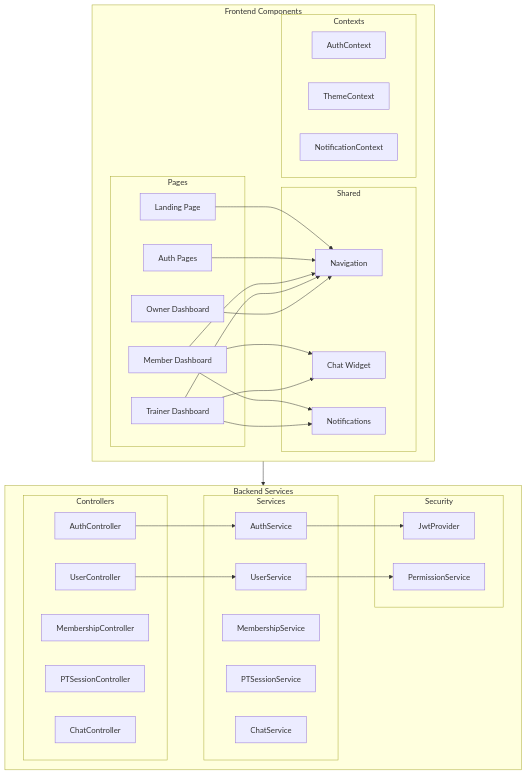
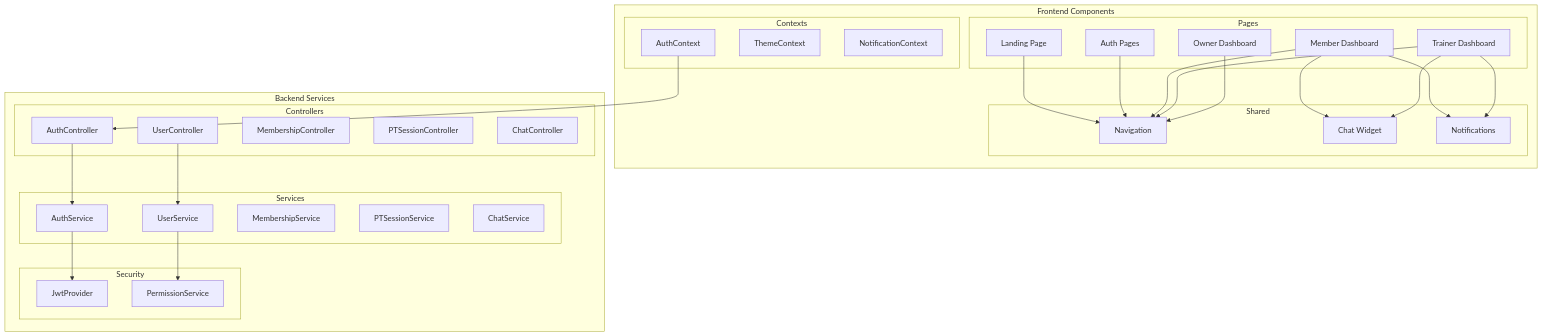
The second of 5 diagrams in docs/architecture_and_design/system_architecture.md (coded-with-aryan0426/gym-management-system-fullstack), drawn with Mermaid before and after one commit. The commit also changed 1 other file, not shown here.

Commit message:
Fix component arch diagram: Frontend and Backend boxes stacked vertically in parallel, compact layout

````diff
--- a/docs/architecture_and_design/system_architecture.md
+++ b/docs/architecture_and_design/system_architecture.md
@@ -116,56 +116,54 @@
 ```mermaid
 flowchart TB
-    subgraph Frontend Components
-        direction LR
+    subgraph Frontend["Frontend Components"]
         subgraph Pages
             LP[Landing Page]
             AUTH[Auth Pages]
             MD[Member Dashboard]
             TD[Trainer Dashboard]
             OD[Owner Dashboard]
         end
 
         subgraph Shared
             NAV[Navigation]
             CHAT[Chat Widget]
             NOTIF[Notifications]
         end
 
         subgraph Contexts
             AC[AuthContext]
             TC[ThemeContext]
             NC[NotificationContext]
         end
     end
 
-    subgraph Backend Services
-        direction LR
+    subgraph Backend["Backend Services"]
         subgraph Controllers
             AuthC[AuthController]
             UserC[UserController]
             MemC[MembershipController]
             PTc[PTSessionController]
             ChatC[ChatController]
         end
 
         subgraph Services
             AuthS[AuthService]
             UserS[UserService]
             MemS[MembershipService]
             PTs[PTSessionService]
             ChatS[ChatService]
         end
 
         subgraph Security
             JWT[JwtProvider]
             RBAC[PermissionService]
         end
     end
 
     LP & AUTH & MD & TD & OD --> NAV
     MD & TD --> CHAT & NOTIF
-    
+
     AC --> AuthC
     AuthC --> AuthS --> JWT
     UserC --> UserS --> RBAC
 ```
````
